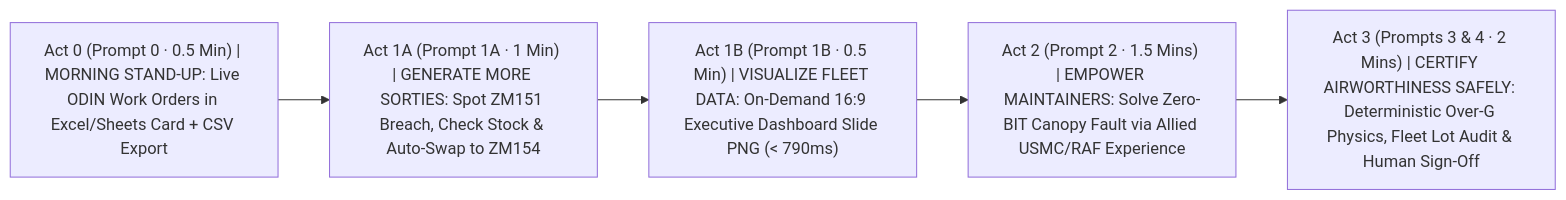
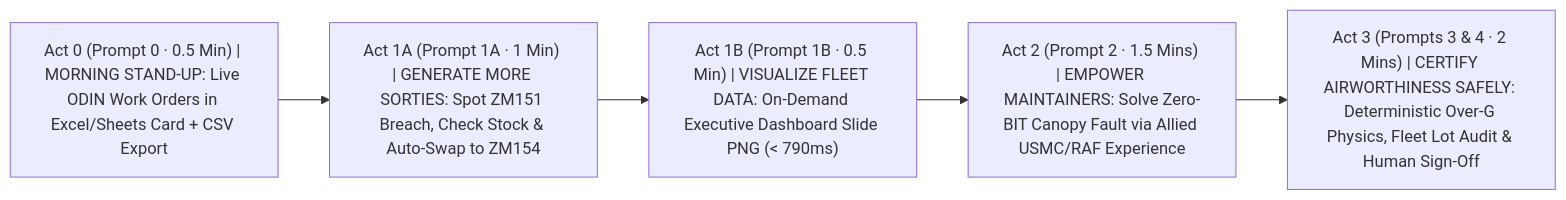
The first of 5 diagrams in DEMO_STORYBOARD.md (edwardsda-prog/f35), drawn with Mermaid before and after one commit. The commit also changed other lines of this file and 16 other files, not shown here.

````diff
--- a/DEMO_STORYBOARD.md
+++ b/DEMO_STORYBOARD.md
@@ -29,7 +29,7 @@
 ```mermaid
 flowchart LR
     A0["Act 0 (Prompt 0 · 0.5 Min) | MORNING STAND-UP: Live ODIN Work Orders in Excel/Sheets Card + CSV Export"] --> A1A["Act 1A (Prompt 1A · 1 Min) | GENERATE MORE SORTIES: Spot ZM151 Breach, Check Stock & Auto-Swap to ZM154"]
-    A1A --> A1B["Act 1B (Prompt 1B · 0.5 Min) | VISUALIZE FLEET DATA: On-Demand 16:9 Executive Dashboard Slide PNG (< 790ms)"]
+    A1A --> A1B["Act 1B (Prompt 1B · 0.5 Min) | VISUALIZE FLEET DATA: On-Demand Executive Dashboard Slide PNG (< 790ms)"]
     A1B --> A2["Act 2 (Prompt 2 · 1.5 Mins) | EMPOWER MAINTAINERS: Solve Zero-BIT Canopy Fault via Allied USMC/RAF Experience"]
     A2 --> A3["Act 3 (Prompts 3 & 4 · 2 Mins) | CERTIFY AIRWORTHINESS SAFELY: Deterministic Over-G Physics, Fleet Lot Audit & Human Sign-Off"]
 ```
````
